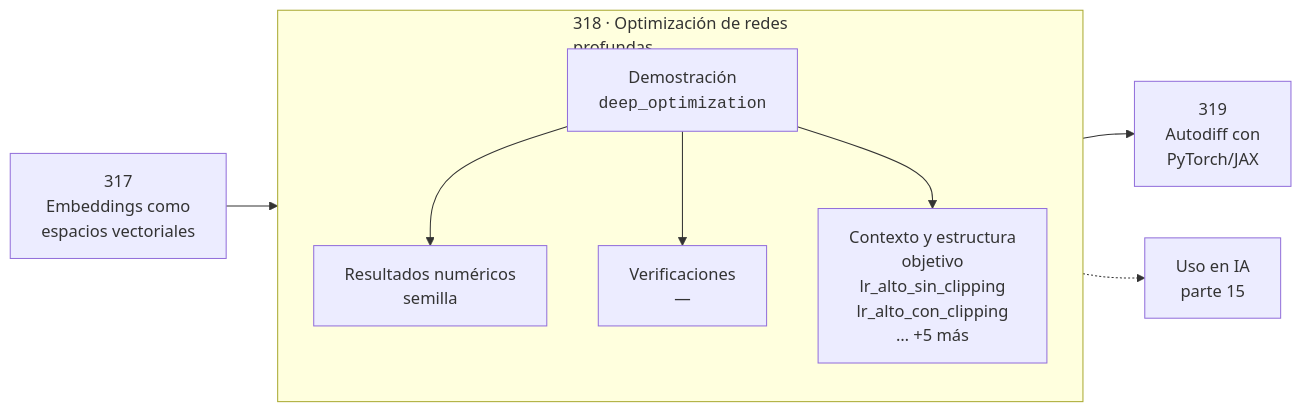
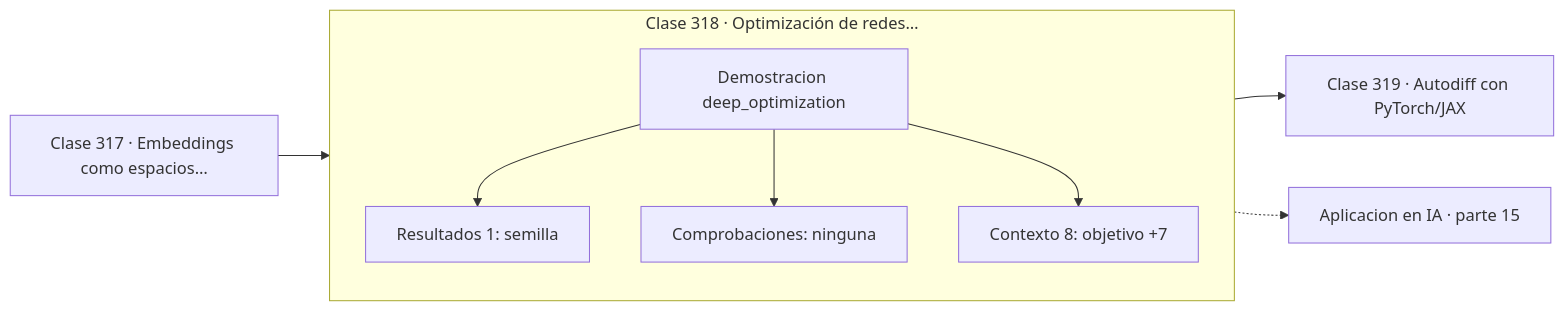
Before and after one commit to vladimiracunadev-create/computational-mathematics-program: the diagram in classes/part-15-matematica-de-deep-learning/318-optimizacion-de-redes-profundas/README.md, drawn with Mermaid. The commit also changed 389 other files, not shown here.

First line of the commit message:
fix(diagramas): elimina el HTML de las etiquetas Mermaid

````diff
--- a/classes/part-15-matematica-de-deep-learning/318-optimizacion-de-redes-profundas/README.md
+++ b/classes/part-15-matematica-de-deep-learning/318-optimizacion-de-redes-profundas/README.md
@@ -30,12 +30,13 @@
 ```mermaid
 flowchart LR
-    P["317<br/>Embeddings como<br/>espacios vectoriales"] --> C
-    subgraph C["318 · Optimización de redes<br/>profundas"]
+    P["Clase 317 · Embeddings como espacios…"] --> D
+    subgraph CLASE["Clase 318 · Optimización de redes…"]
         direction TB
-        D["Demostración<br/><code>deep_optimization</code>"] --> R["Resultados numéricos<br/>semilla"]
-        D --> V["Verificaciones<br/>—"]
-        D --> O["Contexto y estructura<br/>objetivo<br/>lr_alto_sin_clipping<br/>lr_alto_con_clipping<br/>… +5 más"]
+        D["Demostracion deep_optimization"]
+        D --> R["Resultados 1: semilla"]
+        D --> V["Comprobaciones: ninguna"]
+        D --> O["Contexto 8: objetivo +7"]
     end
-    C --> N["319<br/>Autodiff con<br/>PyTorch/JAX"]
-    C -.-> IA["Uso en IA<br/>parte 15"]
+    R --> N["Clase 319 · Autodiff con PyTorch/JAX"]
+    V -.-> IA["Aplicacion en IA · parte 15"]
 ```
````
